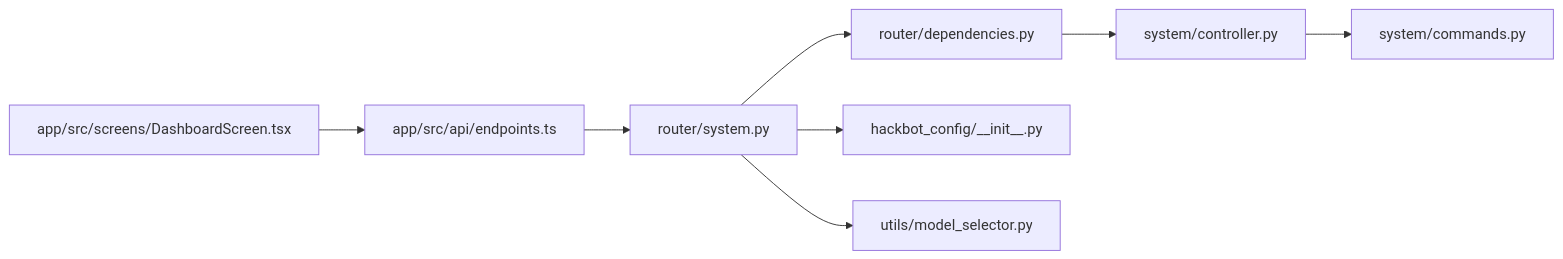
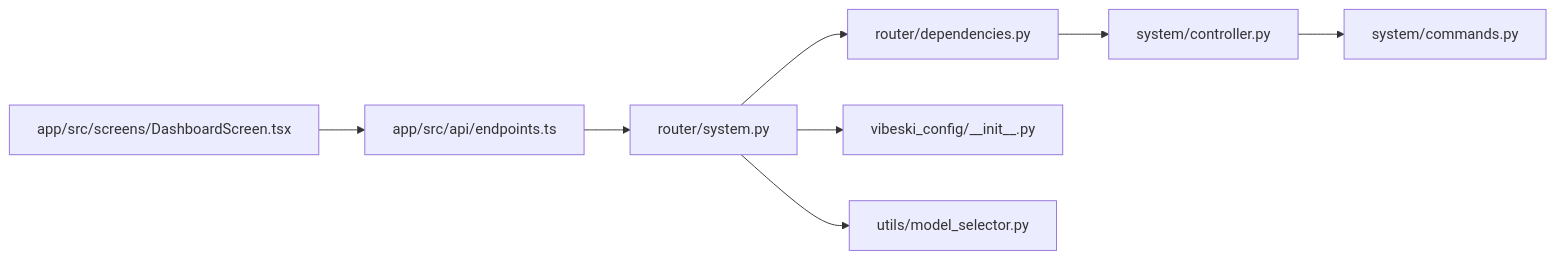
Before and after one commit to crabin/VIBESKI: the fourth of 4 diagrams in .qoder/repowiki/zh/content/API接口文档/系统管理接口.md, drawn with Mermaid. The commit also changed other lines of this file and 170 other files, not shown here.

Commit message:
chore: rename all secbot/hackbot identifiers to vibeski

````diff
--- a/.qoder/repowiki/zh/content/API接口文档/系统管理接口.md
+++ b/.qoder/repowiki/zh/content/API接口文档/系统管理接口.md
@@ -342,10 +342,10 @@
 ```mermaid
 graph LR
 SYS["router/system.py"] --> DEP["router/dependencies.py"]
-SYS --> CFG["hackbot_config/__init__.py"]
+SYS --> CFG["vibeski_config/__init__.py"]
 SYS --> MS["utils/model_selector.py"]
 DEP --> CTRL["system/controller.py"]
 CTRL --> CMD["system/commands.py"]
 UI["app/src/screens/DashboardScreen.tsx"] --> API["app/src/api/endpoints.ts"]
 API --> SYS
 ```
````
